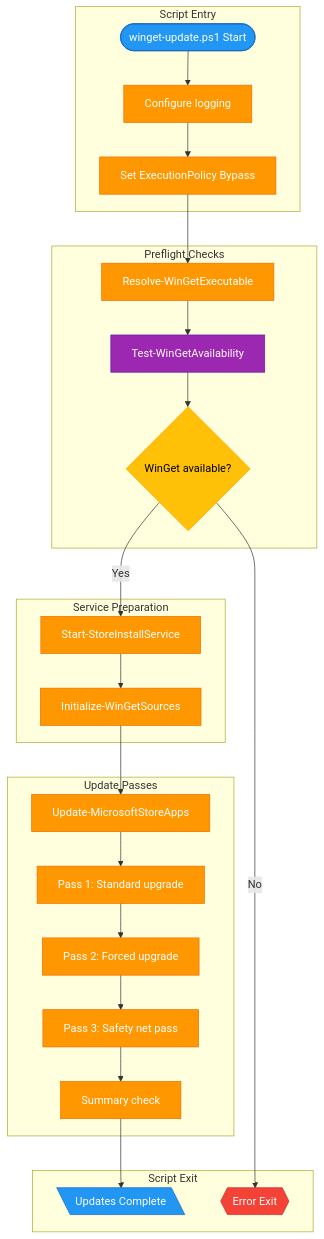
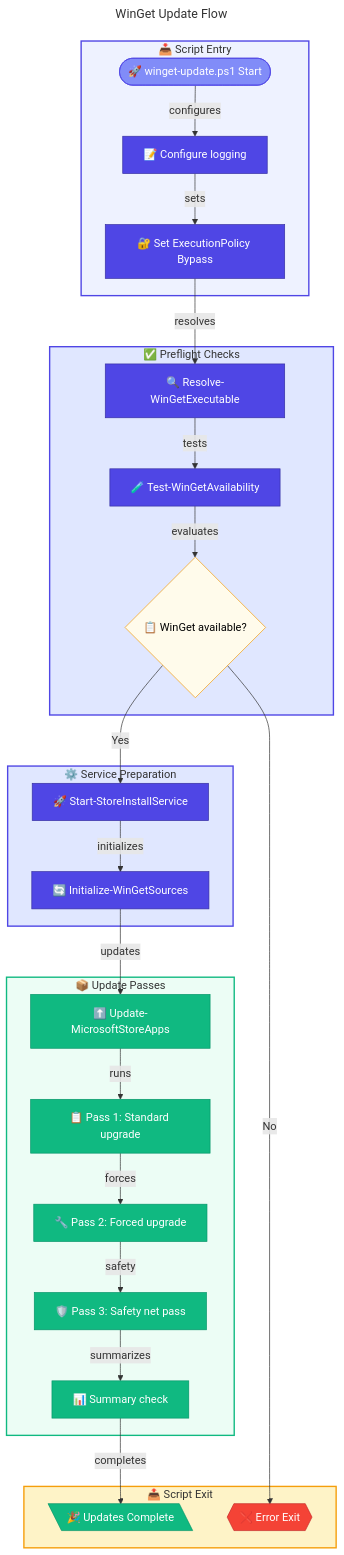
The first of 2 diagrams in docs/scripts/configuration/winget-update.md (Evilazaro/DevExp-DevBox), drawn with Mermaid before and after one commit. The commit also changed 1 other file, not shown here.

Commit message:
Enhance flow visualization documentation for cleanUp.ps1 and winget-update.ps1 scripts by adding emojis, improving diagram styles, and refining connections for better clarity and navigation.

````diff
--- a/docs/scripts/configuration/winget-update.md
+++ b/docs/scripts/configuration/winget-update.md
@@ -67,45 +67,68 @@
 ```mermaid
+---
+title: WinGet Update Flow
+---
 flowchart TD
-    subgraph Entry["Script Entry"]
-        A([winget-update.ps1 Start]):::entry
-        B["Configure logging"]:::core
-        C["Set ExecutionPolicy Bypass"]:::core
+    %% ===== SCRIPT ENTRY =====
+    subgraph Entry["📥 Script Entry"]
+        A(["🚀 winget-update.ps1 Start"])
+        B["📝 Configure logging"]
+        C["🔐 Set ExecutionPolicy Bypass"]
     end
     
-    subgraph Preflight["Preflight Checks"]
-        D["Resolve-WinGetExecutable"]:::core
-        E["Test-WinGetAvailability"]:::validation
-        F{WinGet available?}:::decision
+    %% ===== PREFLIGHT CHECKS =====
+    subgraph Preflight["✅ Preflight Checks"]
+        D["🔍 Resolve-WinGetExecutable"]
+        E["🧪 Test-WinGetAvailability"]
+        F{"📋 WinGet available?"}
     end
     
-    subgraph Services["Service Preparation"]
-        G["Start-StoreInstallService"]:::core
-        H["Initialize-WinGetSources"]:::core
+    %% ===== SERVICE PREPARATION =====
+    subgraph Services["⚙️ Service Preparation"]
+        G["🚀 Start-StoreInstallService"]
+        H["🔄 Initialize-WinGetSources"]
     end
     
-    subgraph Updates["Update Passes"]
-        I["Update-MicrosoftStoreApps"]:::core
-        I1["Pass 1: Standard upgrade"]:::core
-        I2["Pass 2: Forced upgrade"]:::core
-        I3["Pass 3: Safety net pass"]:::core
-        I4["Summary check"]:::core
+    %% ===== UPDATE PASSES =====
+    subgraph Updates["📦 Update Passes"]
+        I["⬆️ Update-MicrosoftStoreApps"]
+        I1["📋 Pass 1: Standard upgrade"]
+        I2["🔧 Pass 2: Forced upgrade"]
+        I3["🛡️ Pass 3: Safety net pass"]
+        I4["📊 Summary check"]
     end
     
-    subgraph Exit["Script Exit"]
-        J[\Updates Complete\]:::output
-        K{{Error Exit}}:::error
+    %% ===== SCRIPT EXIT =====
+    subgraph Exit["📤 Script Exit"]
+        J[\"🎉 Updates Complete"\]
+        K{{"❌ Error Exit"}}
     end
     
-    A --> B --> C --> D --> E --> F
+    %% ===== CONNECTIONS =====
+    A -->|configures| B -->|sets| C -->|resolves| D -->|tests| E -->|evaluates| F
     F -->|No| K
-    F -->|Yes| G --> H --> I
-    I --> I1 --> I2 --> I3 --> I4 --> J
+    F -->|Yes| G -->|initializes| H -->|updates| I
+    I -->|runs| I1 -->|forces| I2 -->|safety| I3 -->|summarizes| I4 -->|completes| J
 
-    classDef entry fill:#2196F3,stroke:#1565C0,color:#fff
-    classDef core fill:#FF9800,stroke:#EF6C00,color:#fff
-    classDef validation fill:#9C27B0,stroke:#6A1B9A,color:#fff
-    classDef external fill:#4CAF50,stroke:#2E7D32,color:#fff
-    classDef decision fill:#FFC107,stroke:#FFA000,color:#000
-    classDef output fill:#2196F3,stroke:#1565C0,color:#fff
-    classDef error fill:#F44336,stroke:#C62828,color:#fff
+    %% ===== STYLES =====
+    classDef trigger fill:#818CF8,stroke:#4F46E5,color:#FFFFFF
+    classDef primary fill:#4F46E5,stroke:#3730A3,color:#FFFFFF
+    classDef secondary fill:#10B981,stroke:#059669,color:#FFFFFF
+    classDef external fill:#6B7280,stroke:#4B5563,color:#FFFFFF,stroke-dasharray:5 5
+    classDef decision fill:#FFFBEB,stroke:#F59E0B,color:#000000
+    classDef failed fill:#F44336,stroke:#C62828,color:#FFFFFF
+    
+    class A trigger
+    class B,C,D,E,G,H primary
+    class F decision
+    class I,I1,I2,I3,I4 secondary
+    class J secondary
+    class K failed
+    
+    %% ===== SUBGRAPH STYLES =====
+    style Entry fill:#EEF2FF,stroke:#4F46E5,stroke-width:2px
+    style Preflight fill:#E0E7FF,stroke:#4F46E5,stroke-width:2px
+    style Services fill:#E0E7FF,stroke:#4F46E5,stroke-width:2px
+    style Updates fill:#ECFDF5,stroke:#10B981,stroke-width:2px
+    style Exit fill:#FEF3C7,stroke:#F59E0B,stroke-width:2px
 ```
````
